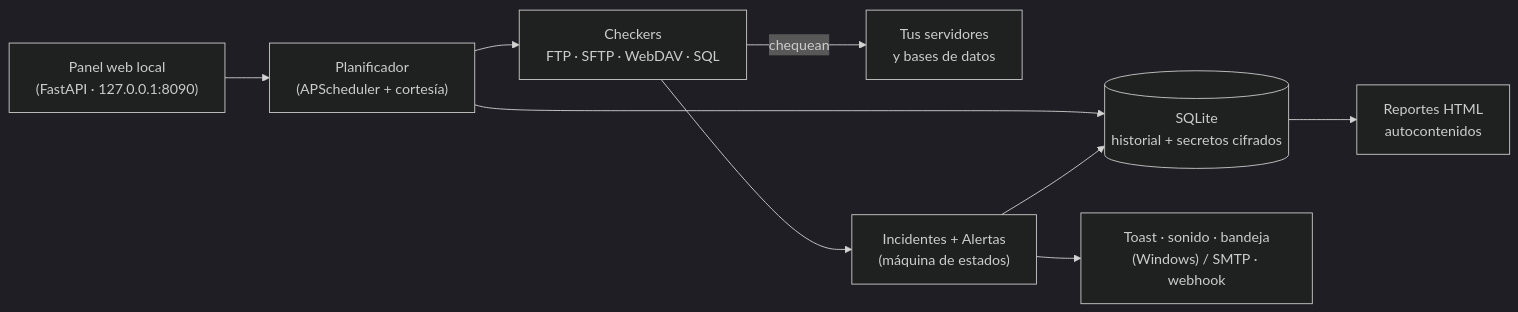
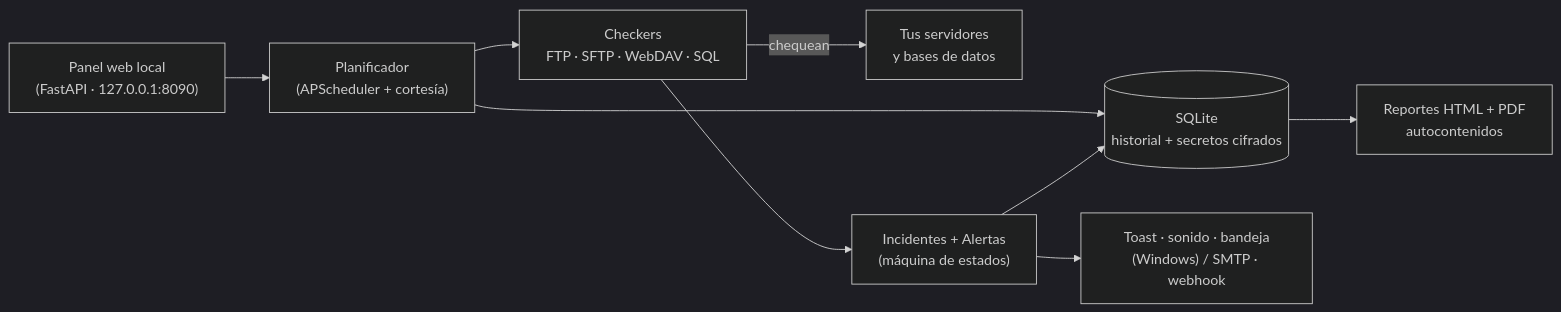
One commit to castellanosfelipe/Monitor-DB-FTP-SFTP-WebDav changed the diagram in README.md. Above: the diagram before and after it, drawn with Mermaid (dark theme). The commit also changed other lines of this file and 19 other files, not shown here.

````diff
--- a/README.md
+++ b/README.md
@@ -207,11 +212,11 @@
 ```mermaid
 flowchart LR
     UI["Panel web local<br/>(FastAPI · 127.0.0.1:8090)"] --> SCHED
     SCHED["Planificador<br/>(APScheduler + cortesía)"] --> CHK
     CHK["Checkers<br/>FTP · SFTP · WebDAV · SQL"] -->|chequean| SRV["Tus servidores<br/>y bases de datos"]
     CHK --> INC["Incidentes + Alertas<br/>(máquina de estados)"]
     SCHED --> DB[("SQLite<br/>historial + secretos cifrados")]
     INC --> DB
     INC --> NOTIF["Toast · sonido · bandeja<br/>(Windows) / SMTP · webhook"]
-    DB --> REP["Reportes HTML<br/>autocontenidos"]
+    DB --> REP["Reportes HTML + PDF<br/>autocontenidos"]
 ```
````
